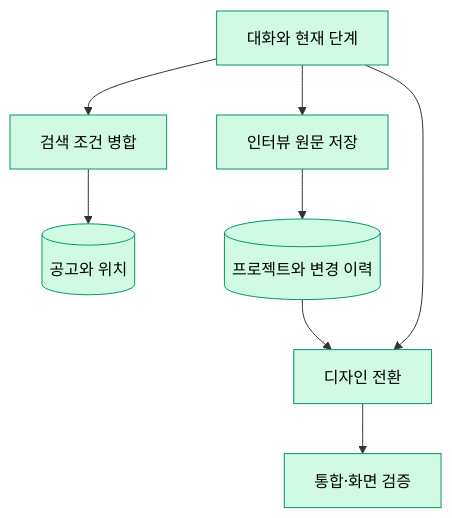
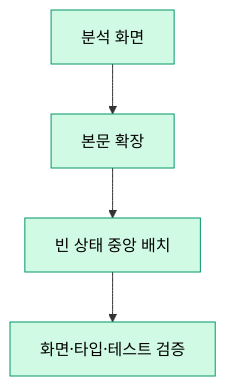
One commit to Expresso-Organization/expresso changed the diagram in .sitrep/sessions/20261124-0318-chat-usability/arch.mmd. Above: the diagram before and after it, drawn with Mermaid. The commit also changed 9 other files, not shown here.

```diff
--- a/.sitrep/sessions/20261124-0318-chat-usability/arch.mmd
+++ b/.sitrep/sessions/20261124-0318-chat-usability/arch.mmd
@@ -1,12 +1,6 @@
 flowchart TD
-  Chat[대화와 현재 단계] --> Search[검색 조건 병합]
-  Search --> Jobs[(공고와 위치)]
-  Chat --> Answer[인터뷰 원문 저장]
-  Answer --> Record[(프로젝트와 변경 이력)]
-  Record --> Design[디자인 전환]
-  Chat --> Design
-  Design --> Verify[통합·화면 검증]
-  classDef done fill:#d1fae5,stroke:#059669,color:#000000
-  classDef doing fill:#fef3c7,stroke:#d97706,color:#000000
-  class Chat,Search,Jobs,Answer,Record,Design done
-  class Verify done
+ A["분석 화면"] --> B["본문 확장"]
+ B --> C["빈 상태 중앙 배치"]
+ C --> D["화면·타입·테스트 검증"]
+ classDef done fill:#d1fae5,stroke:#059669,color:#000000
+ class A,B,C,D done
```
